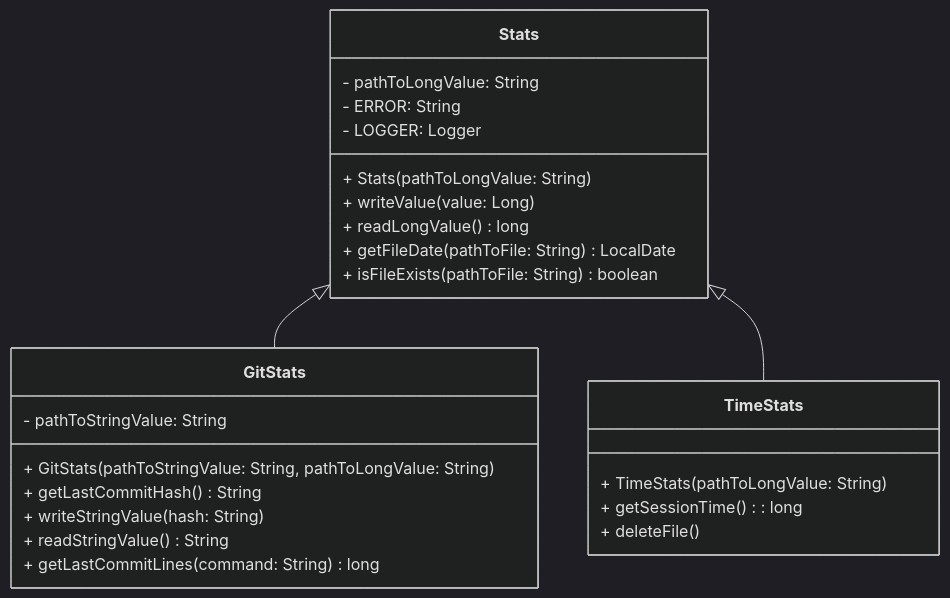
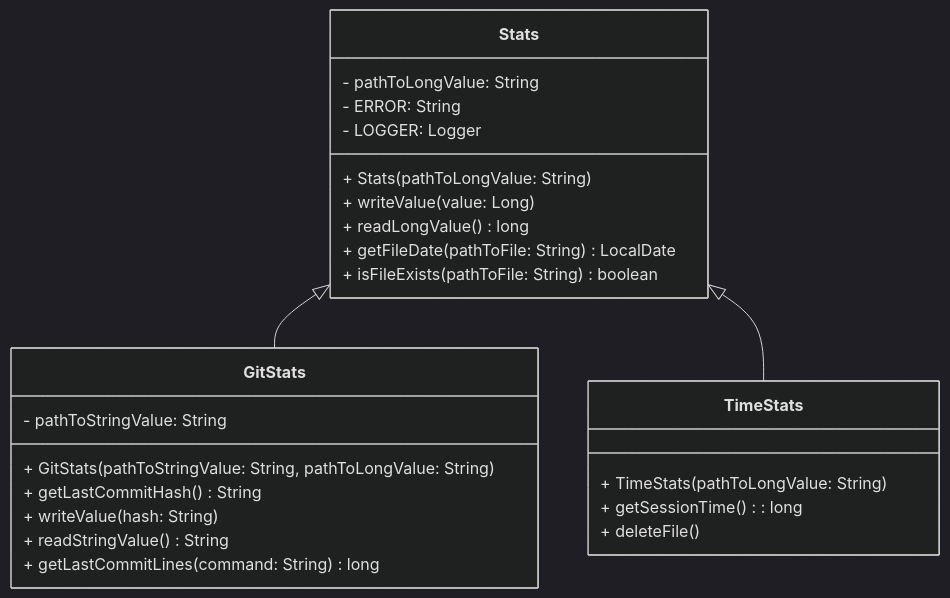
Before and after one commit to AlexandrAnatoliev/jvim-plugins: the first of 4 diagrams in vimstat/README.md, drawn with Mermaid (dark theme). The commit also changed other lines of this file and 3 other files, not shown here.

Commit message:
fix(vimstat): rename writeStringValue method into writeValue

````diff
--- a/vimstat/README.md
+++ b/vimstat/README.md
@@ -142,32 +142,32 @@
 ```mermaid
 classDiagram
 
   class Stats {
     - pathToLongValue: String 
     - ERROR: String 
     - LOGGER: Logger
     + Stats(pathToLongValue: String)
     + writeValue(value: Long )
     + readLongValue() long 
     + getFileDate(pathToFile: String) LocalDate
     + isFileExists(pathToFile: String) boolean 
   }
 
   class GitStats {
     - pathToStringValue: String 
     + GitStats(pathToStringValue: String, pathToLongValue: String)
     + getLastCommitHash() String 
-    + writeStringValue(hash: String) 
+    + writeValue(hash: String) 
     + readStringValue() String
     + getLastCommitLines(command: String) long
   }
 
   class TimeStats {
     + TimeStats(pathToLongValue: String)
     + getSessionTime(): long 
     + deleteFile() 
   }
 
   Stats <|-- GitStats
   Stats <|-- TimeStats
 ```
````
